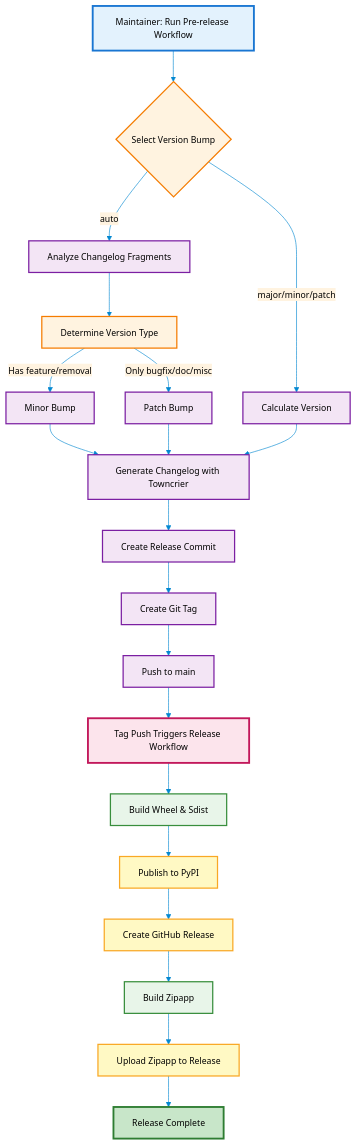
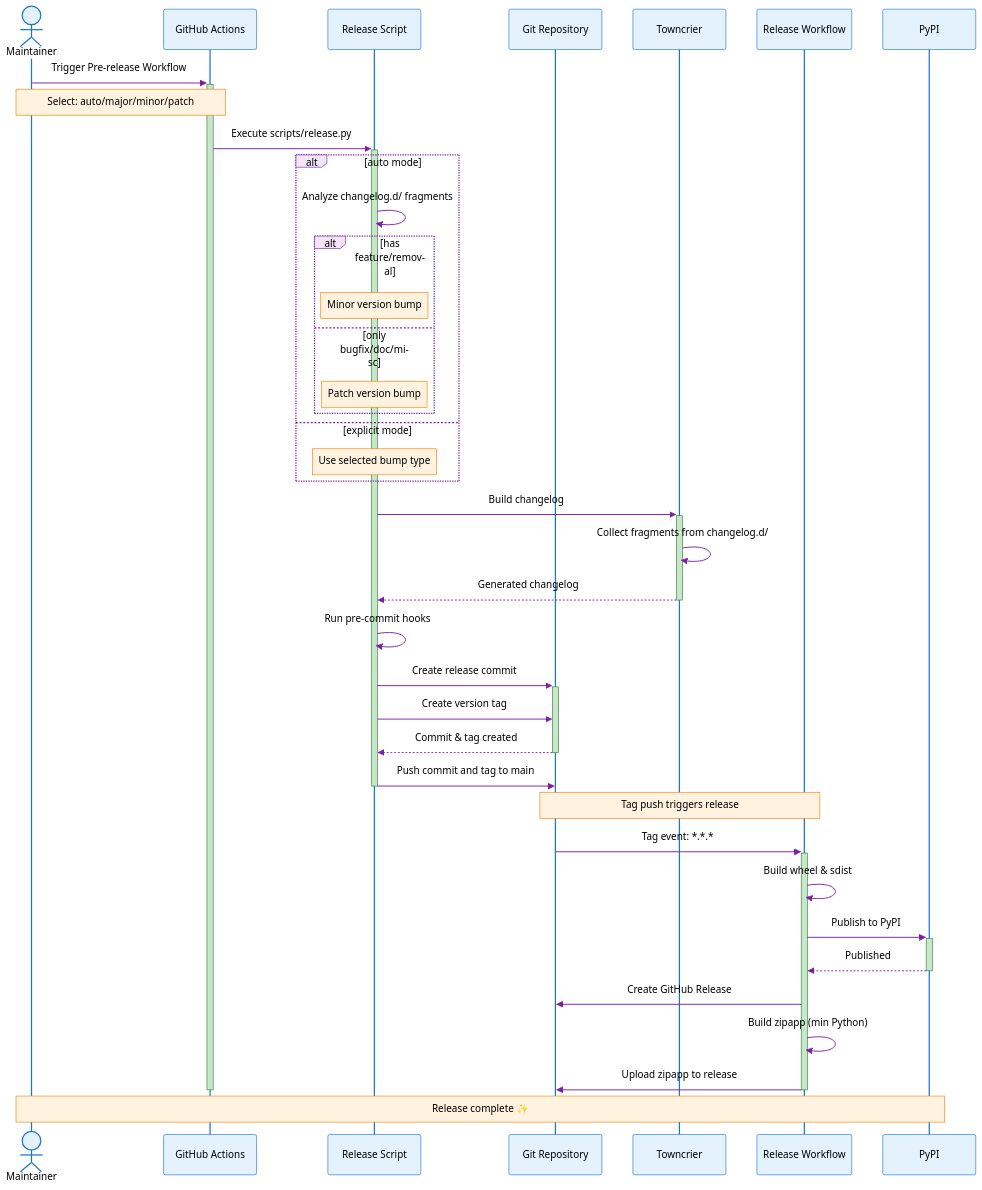
Before and after one commit to pypa/pipx: the diagram in docs/contributing.md, drawn with Mermaid.

Commit message:
📝 docs(release): use sequence diagram and reorganize sections
Replaced the flowchart with a proper mermaid sequence diagram that clearly
shows the interaction between actors (Maintainer, GitHub Actions, scripts,
and external services) during the release process. This makes the temporal
flow and handoffs between systems more obvious.

Moved the diagram under 'What Happens During Release' section where it makes
more logical sense, as it explains the actual execution flow rather than being
a standalone overview.

````diff
--- a/docs/contributing.md
+++ b/docs/contributing.md
@@ -227,31 +235,54 @@
 ```mermaid
-%%{init: {'theme':'base', 'themeVariables': { 'primaryColor':'#e1f5ff','primaryTextColor':'#000','primaryBorderColor':'#0288d1','lineColor':'#0288d1','secondaryColor':'#fff3e0','tertiaryColor':'#f1f8e9','fontSize':'14px'}}}%%
-graph TD
-    A[Maintainer: Run Pre-release Workflow]:::user --> B{Select Version Bump}:::decision
-    B -->|auto| C[Analyze Changelog Fragments]:::process
-    B -->|major/minor/patch| D[Calculate Version]:::process
-    C --> E[Determine Version Type]:::decision
-    E -->|Has feature/removal| F[Minor Bump]:::process
-    E -->|Only bugfix/doc/misc| G[Patch Bump]:::process
-    F --> H[Generate Changelog with Towncrier]:::process
-    G --> H
-    D --> H
-    H --> I[Create Release Commit]:::process
-    I --> J[Create Git Tag]:::process
-    J --> K[Push to main]:::process
-    K --> L[Tag Push Triggers Release Workflow]:::trigger
-    L --> M[Build Wheel & Sdist]:::build
-    M --> N[Publish to PyPI]:::publish
-    N --> O[Create GitHub Release]:::publish
-    O --> P[Build Zipapp]:::build
-    P --> Q[Upload Zipapp to Release]:::publish
-    Q --> R[Release Complete]:::complete
+%%{init: {'theme':'base', 'themeVariables': {'actorBkg':'#e3f2fd','actorBorder':'#1976d2','actorTextColor':'#000','noteBkgColor':'#fff3e0','noteBorderColor':'#f57c00','noteTextColor':'#000','signalColor':'#7b1fa2','signalTextColor':'#000','labelBoxBkgColor':'#f3e5f5','labelBoxBorderColor':'#7b1fa2','activationBkgColor':'#c8e6c9','activationBorderColor':'#2e7d32'}}}%%
+sequenceDiagram
+    actor M as Maintainer
+    participant GH as GitHub Actions
+    participant S as Release Script
+    participant G as Git Repository
+    participant T as Towncrier
+    participant RW as Release Workflow
+    participant P as PyPI
 
-    classDef user fill:#e3f2fd,stroke:#1976d2,stroke-width:3px,color:#000
-    classDef decision fill:#fff3e0,stroke:#f57c00,stroke-width:2px,color:#000
-    classDef process fill:#f3e5f5,stroke:#7b1fa2,stroke-width:2px,color:#000
-    classDef trigger fill:#fce4ec,stroke:#c2185b,stroke-width:3px,color:#000
-    classDef build fill:#e8f5e9,stroke:#388e3c,stroke-width:2px,color:#000
-    classDef publish fill:#fff9c4,stroke:#f9a825,stroke-width:2px,color:#000
-    classDef complete fill:#c8e6c9,stroke:#2e7d32,stroke-width:3px,color:#000
+    M->>+GH: Trigger Pre-release Workflow
+    Note over M,GH: Select: auto/major/minor/patch
+
+    GH->>+S: Execute scripts/release.py
+
+    alt auto mode
+        S->>S: Analyze changelog.d/ fragments
+        alt has feature/removal
+            Note over S: Minor version bump
+        else only bugfix/doc/misc
+            Note over S: Patch version bump
+        end
+    else explicit mode
+        Note over S: Use selected bump type
+    end
+
+    S->>+T: Build changelog
+    T->>T: Collect fragments from changelog.d/
+    T-->>-S: Generated changelog
+
+    S->>S: Run pre-commit hooks
+    S->>+G: Create release commit
+    S->>G: Create version tag
+    G-->>-S: Commit & tag created
+
+    S->>G: Push commit and tag to main
+    deactivate S
+
+    Note over G,RW: Tag push triggers release
+
+    G->>+RW: Tag event: *.*.*
+    RW->>RW: Build wheel & sdist
+    RW->>+P: Publish to PyPI
+    P-->>-RW: Published
+
+    RW->>G: Create GitHub Release
+    RW->>RW: Build zipapp (min Python)
+    RW->>G: Upload zipapp to release
+    deactivate RW
+    deactivate GH
+
+    Note over M,P: Release complete ✨
 ```
````
